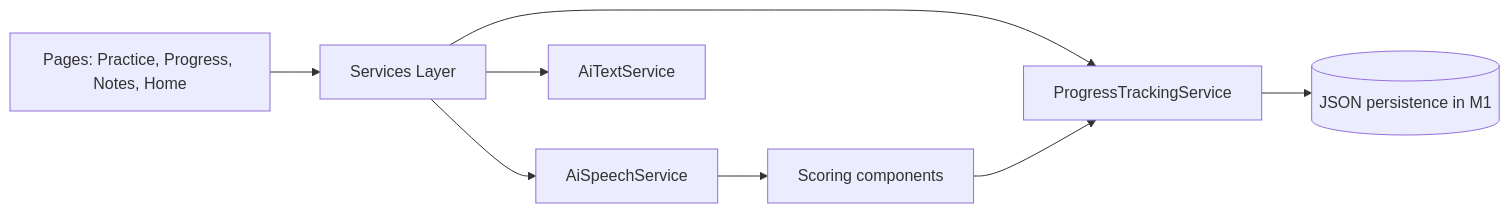
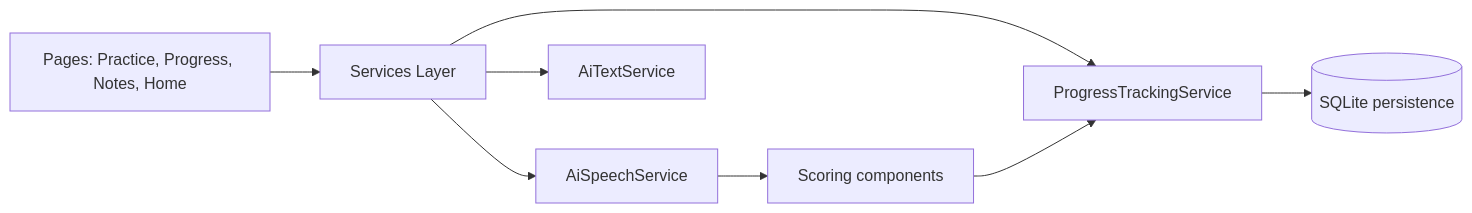
One commit to hkevin01/SpeechBuddyAI changed the third of 5 diagrams in README.md. Above: the diagram before and after it, drawn with Mermaid. The commit also changed other lines of this file and 7 other files, not shown here.

````diff
--- a/README.md
+++ b/README.md
@@ -168,10 +168,10 @@
 ```mermaid
 flowchart LR
     A[Pages: Practice, Progress, Notes, Home] --> B[Services Layer]
     B --> C[AiSpeechService]
     B --> D[AiTextService]
     B --> E[ProgressTrackingService]
-    E --> F[(JSON persistence in M1)]
+    E --> F[(SQLite persistence)]
     C --> G[Scoring components]
     G --> E
 ```
````
